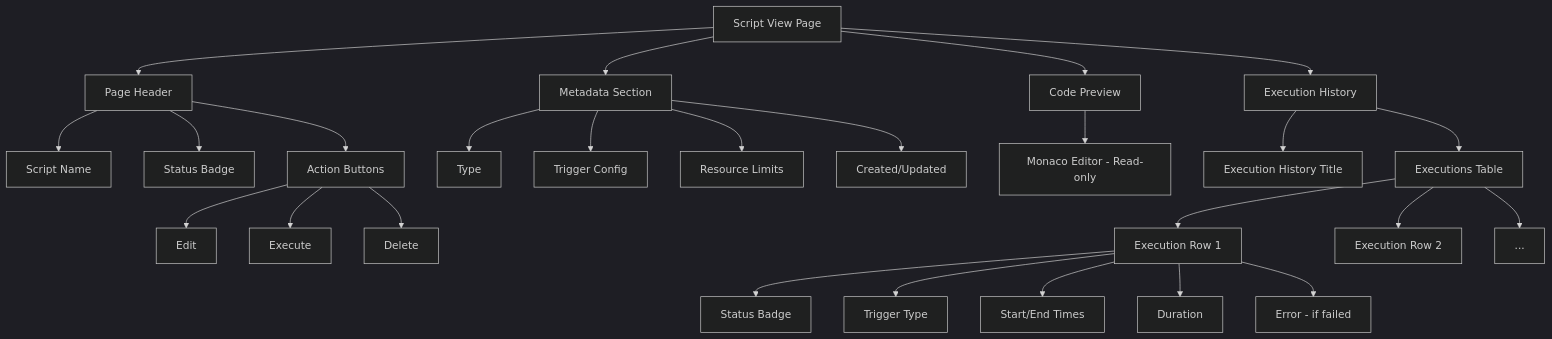
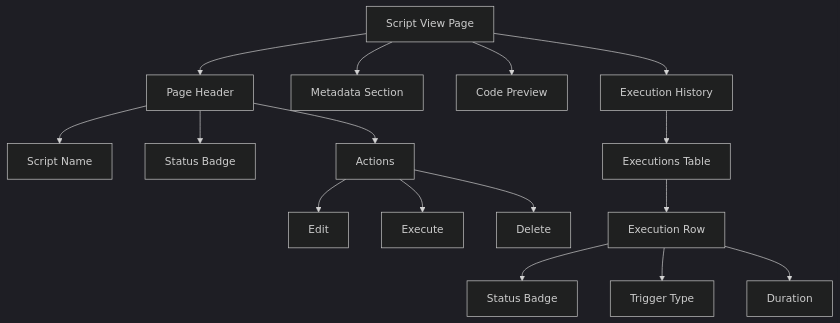
One commit to iota-uz/iota-sdk changed the fourth of 4 diagrams in docs/specs/jsruntime/ux.md. Above: the diagram before and after it, drawn with Mermaid (dark theme). The commit also changed other lines of this file and 13 other files, not shown here.

First line of the commit message:
docs: enhance spec files with Jekyll frontmatter and dark-theme-compatible Mermaid diagrams

````diff
--- a/docs/specs/jsruntime/ux.md
+++ b/docs/specs/jsruntime/ux.md
@@ -200,35 +143,21 @@
 ```mermaid
 graph TB
     Page[Script View Page] --> Header[Page Header]
     Page --> Metadata[Metadata Section]
     Page --> CodePreview[Code Preview]
     Page --> ExecutionHistory[Execution History]
 
     Header --> Title[Script Name]
     Header --> StatusBadge[Status Badge]
-    Header --> ActionButtons[Action Buttons]
+    Header --> ActionButtons[Actions]
 
-    ActionButtons --> EditButton[Edit]
-    ActionButtons --> ExecuteButton[Execute]
-    ActionButtons --> DeleteButton[Delete]
+    ActionButtons --> EditBtn[Edit]
+    ActionButtons --> ExecBtn[Execute]
+    ActionButtons --> DeleteBtn[Delete]
 
-    Metadata --> TypeField[Type]
-    Metadata --> TriggerField[Trigger Config]
-    Metadata --> ResourceField[Resource Limits]
-    Metadata --> DatesField[Created/Updated]
-
-    CodePreview --> MonacoReadOnly[Monaco Editor - Read-only]
-
-    ExecutionHistory --> HistoryHeader[Execution History Title]
     ExecutionHistory --> HistoryTable[Executions Table]
-
-    HistoryTable --> ExecRow1[Execution Row 1]
-    HistoryTable --> ExecRow2[Execution Row 2]
-    HistoryTable --> ExecRowN[...]
-
-    ExecRow1 --> StatusCol[Status Badge]
-    ExecRow1 --> TriggerCol[Trigger Type]
-    ExecRow1 --> TimesCol[Start/End Times]
-    ExecRow1 --> DurationCol[Duration]
-    ExecRow1 --> ErrorCol[Error - if failed]
+    HistoryTable --> ExecRow[Execution Row]
+    ExecRow --> ExecStatus[Status Badge]
+    ExecRow --> ExecTrigger[Trigger Type]
+    ExecRow --> ExecDuration[Duration]
 ```
````
